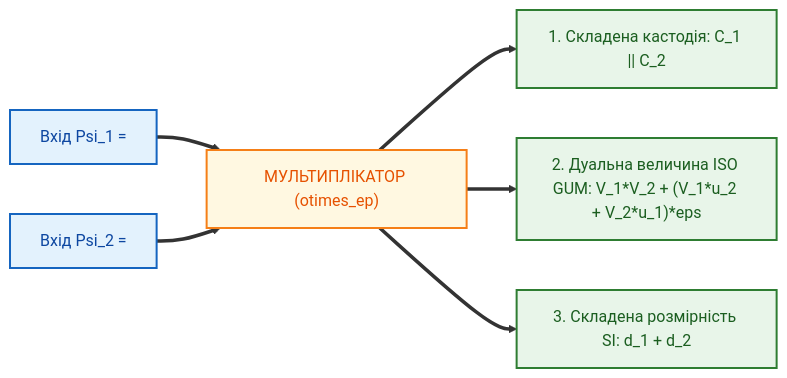
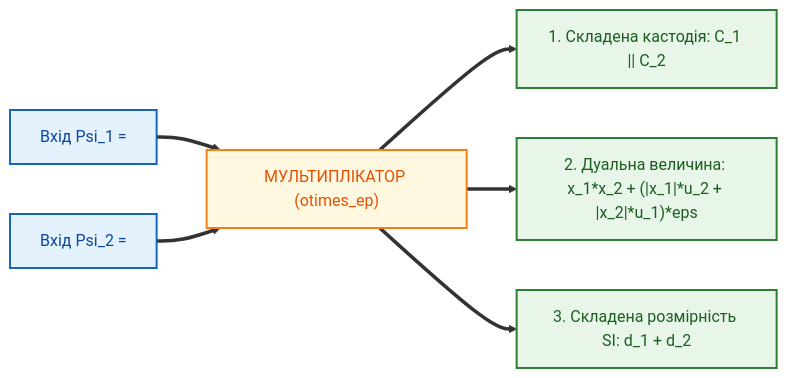
The second of 3 diagrams in Epistemic_Circuit_Theory/ch08-operational-units-adders-multipliers-comparators.md (nick-fedchik/articles), drawn with Mermaid before and after one commit. The commit also changed other lines of this file and 10 other files, not shown here.

````diff
--- a/Epistemic_Circuit_Theory/ch08-operational-units-adders-multipliers-comparators.md
+++ b/Epistemic_Circuit_Theory/ch08-operational-units-adders-multipliers-comparators.md
@@ -132,25 +130,25 @@
 ```mermaid
 flowchart LR
-    accTitle: Однотактовий дуальний епістемічний мультиплікатор
-    accDescr: Перемноження двох епістемічних тензорів стану з одночасною конкатенацією кастодій, автодиференціюванням похибок ISO GUM і додаванням розмірностей SI.
+    accTitle: Рисунок 8.2. Однотактовий дуальний епістемічний мультиплікатор
+    accDescr: Перемноження двох епістемічних тензорів стану з одночасною конкатенацією кастодій, автодиференціюванням похибок і додаванням розмірностей SI.
 
-    In1["Вхід Psi_1 = <C_1, V_1 + u_1*eps, d_1>"]
-    In2["Вхід Psi_2 = <C_2, V_2 + u_2*eps, d_2>"]
+    In1["Вхід Psi_1 = <C_1, x_1 + u_1*eps, d_1>"]
+    In2["Вхід Psi_2 = <C_2, x_2 + u_2*eps, d_2>"]
     Mult["МУЛЬТИПЛІКАТОР (otimes_ep)"]
     Out1["1. Складена кастодія: C_1 || C_2"]
-    Out2["2. Дуальна величина ISO GUM: V_1*V_2 + (V_1*u_2 + V_2*u_1)*eps"]
+    Out2["2. Дуальна величина: x_1*x_2 + (|x_1|*u_2 + |x_2|*u_1)*eps"]
     Out3["3. Складена розмірність SI: d_1 + d_2"]
 
     In1 ==> Mult
     In2 ==> Mult
     Mult ==> Out1
     Mult ==> Out2
     Mult ==> Out3
 
     classDef input fill:#e3f2fd,stroke:#1565c0,stroke-width:2px,color:#0d47a1;
     classDef op fill:#fff8e1,stroke:#f57f17,stroke-width:2px,color:#e65100;
     classDef output fill:#e8f5e9,stroke:#2e7d32,stroke-width:2px,color:#1b5e20;
     class In1,In2 input;
     class Mult op;
     class Out1,Out2,Out3 output;
 ```
````
